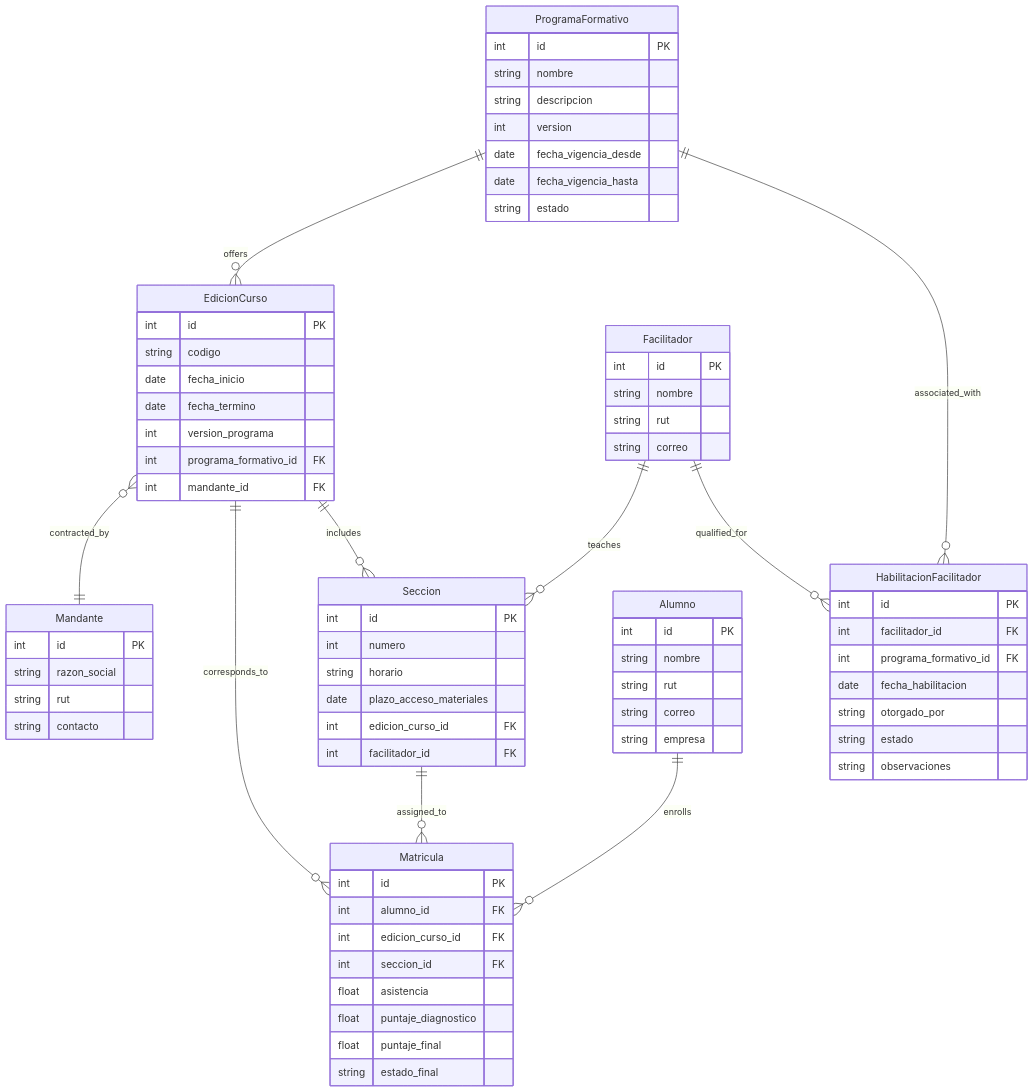
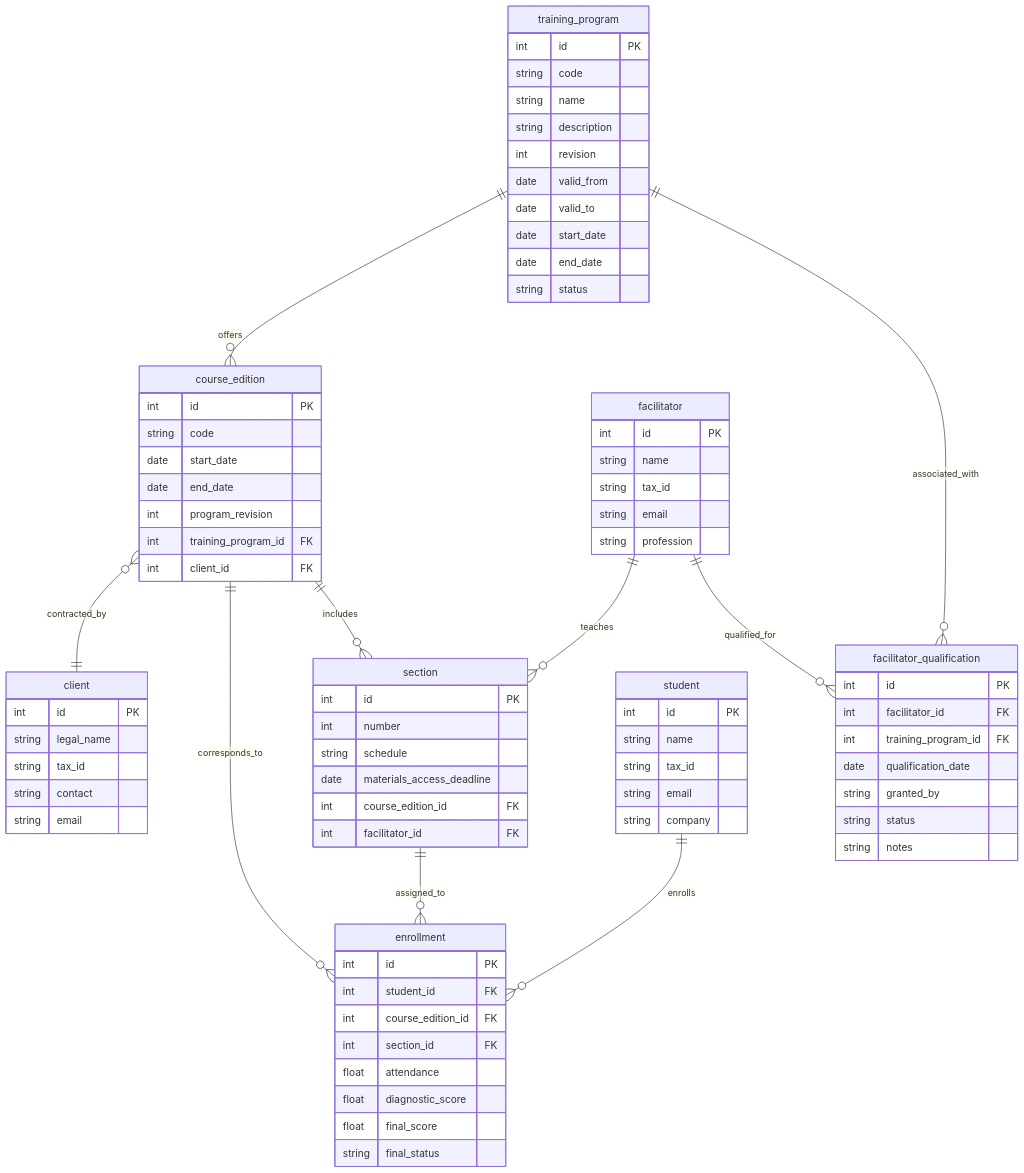
The diagram in docs/diag-er.md (keber/otf-sisacad), drawn with Mermaid before and after one commit. The commit also changed 59 other files, not shown here.

First line of the commit message:
feat: Introduce TrainingProgram entity and repository

````diff
--- a/docs/diag-er.md
+++ b/docs/diag-er.md
@@ -5,89 +5,94 @@
 
 %% =================== ENTITIES ===================
 
-ProgramaFormativo {
+training_program {
     int id PK
-    string nombre
-    string descripcion
-    int version
-    date fecha_vigencia_desde
-    date fecha_vigencia_hasta
-    string estado
+    string code
+    string name
+    string description
+    int revision
+    date valid_from
+    date valid_to
+    date start_date
+    date end_date
+    string status
 }
 
-EdicionCurso {
+course_edition {
     int id PK
-    string codigo
-    date fecha_inicio
-    date fecha_termino
-    int version_programa
-    int programa_formativo_id FK
-    int mandante_id FK
+    string code
+    date start_date
+    date end_date
+    int program_revision
+    int training_program_id FK
+    int client_id FK
 }
 
-Mandante {
+client {
     int id PK
-    string razon_social
-    string rut
-    string contacto
+    string legal_name
+    string tax_id
+    string contact
+    string email
 }
 
-Seccion {
+section {
     int id PK
-    int numero
-    string horario
-    date plazo_acceso_materiales
-    int edicion_curso_id FK
-    int facilitador_id FK
+    int number
+    string schedule
+    date materials_access_deadline
+    int course_edition_id FK
+    int facilitator_id FK
 }
 
-Facilitador {
+facilitator {
     int id PK
-    string nombre
-    string rut
-    string correo
+    string name
+    string tax_id
+    string email
+    string profession
 }
 
-HabilitacionFacilitador {
+facilitator_qualification {
     int id PK
-    int facilitador_id FK
-    int programa_formativo_id FK
-    date fecha_habilitacion
-    string otorgado_por
-    string estado
-    string observaciones
+    int facilitator_id FK
+    int training_program_id FK
+    date qualification_date
+    string granted_by
+    string status
+    string notes
 }
 
-Alumno {
+student {
     int id PK
-    string nombre
-    string rut
-    string correo
-    string empresa
+    string name
+    string tax_id
+    string email
+    string company
 }
 
-Matricula {
+enrollment {
     int id PK
-    int alumno_id FK
-    int edicion_curso_id FK
-    int seccion_id FK
-    float asistencia
-    float puntaje_diagnostico
-    float puntaje_final
-    string estado_final
+    int student_id FK
+    int course_edition_id FK
+    int section_id FK
+    float attendance
+    float diagnostic_score
+    float final_score
+    string final_status
 }
 
 %% =================== RELATIONSHIPS ===================
 
-ProgramaFormativo ||--o{ EdicionCurso : offers
-EdicionCurso }o--|| Mandante : contracted_by
-Alumno ||--o{ Matricula : enrolls
-EdicionCurso ||--o{ Matricula : corresponds_to
-Seccion ||--o{ Matricula : assigned_to
-EdicionCurso ||--o{ Seccion : includes
-Facilitador ||--o{ Seccion : teaches
-Facilitador ||--o{ HabilitacionFacilitador : qualified_for
-ProgramaFormativo ||--o{ HabilitacionFacilitador : associated_with
+training_program ||--o{ course_edition : offers
+course_edition }o--|| client : contracted_by
+student ||--o{ enrollment : enrolls
+course_edition ||--o{ enrollment : corresponds_to
+section ||--o{ enrollment : assigned_to
+course_edition ||--o{ section : includes
+facilitator ||--o{ section : teaches
+facilitator ||--o{ facilitator_qualification : qualified_for
+training_program ||--o{ facilitator_qualification : associated_with
 
 
 ```
````
